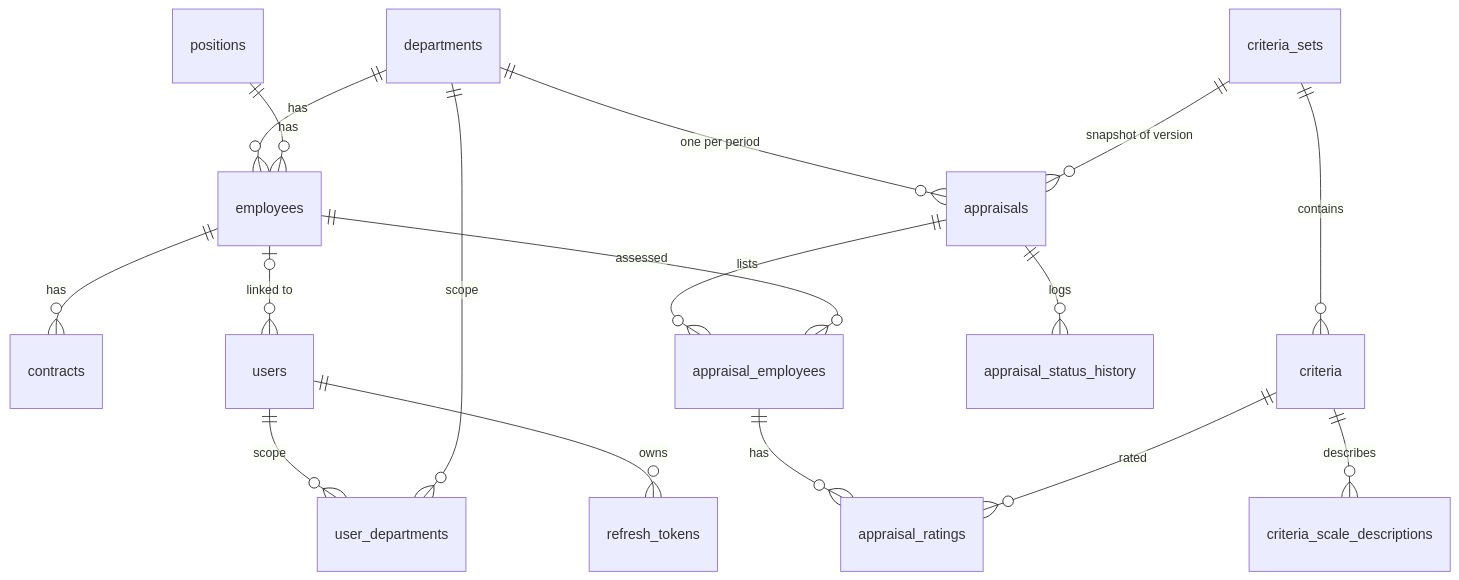
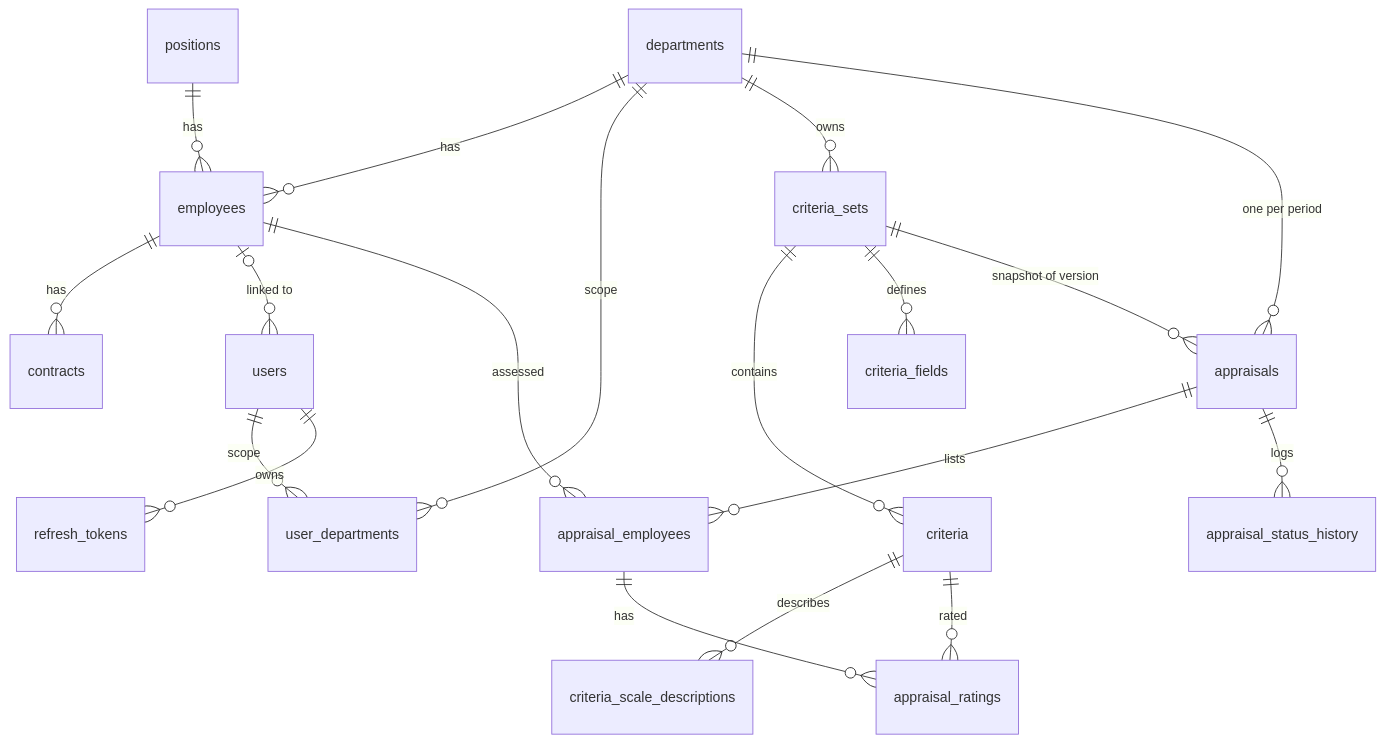
Before and after one commit to fadilalfarisy/performance-appraisal: the first of 2 diagrams in docs/DESIGN-BACKEND.md, drawn with Mermaid. The commit also changed other lines of this file and 45 other files, not shown here.

Commit message:
feat: customize form fields and choose criteria flow before create appraisal and daily notes

````diff
--- a/docs/DESIGN-BACKEND.md
+++ b/docs/DESIGN-BACKEND.md
@@ -182,19 +182,21 @@
 ```mermaid
 erDiagram
   departments ||--o{ employees : has
   positions ||--o{ employees : has
   employees ||--o{ contracts : has
   employees |o--o{ users : "linked to"
   users ||--o{ user_departments : scope
   departments ||--o{ user_departments : scope
   users ||--o{ refresh_tokens : owns
   criteria_sets ||--o{ criteria : contains
+  departments ||--o{ criteria_sets : owns
+  criteria_sets ||--o{ criteria_fields : defines
   criteria ||--o{ criteria_scale_descriptions : describes
   departments ||--o{ appraisals : "one per period"
   criteria_sets ||--o{ appraisals : "snapshot of version"
   appraisals ||--o{ appraisal_employees : lists
   employees ||--o{ appraisal_employees : assessed
   appraisal_employees ||--o{ appraisal_ratings : has
   criteria ||--o{ appraisal_ratings : rated
   appraisals ||--o{ appraisal_status_history : logs
 ```
````
